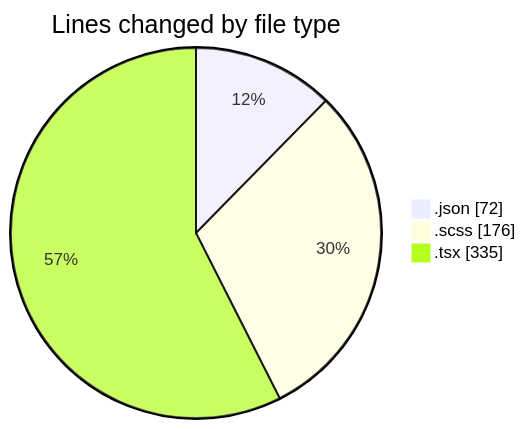
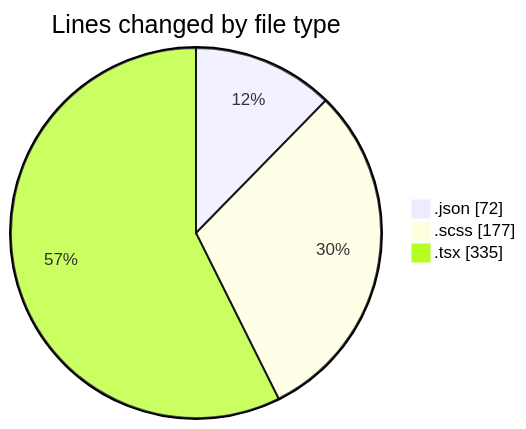
Before and after one commit to momahboobian/code-tracking: the first of 2 diagrams in 2026-10-12/cda/README.md, drawn with Mermaid. The commit also changed other lines of this file and 1 other file, not shown here.

````diff
--- a/2026-10-12/cda/README.md
+++ b/2026-10-12/cda/README.md
@@ -25,7 +25,7 @@
 ```mermaid
 pie showData
 title Lines changed by file type
 ".json" : 72
-".scss" : 176
+".scss" : 177
 ".tsx" : 335
 ```
````
